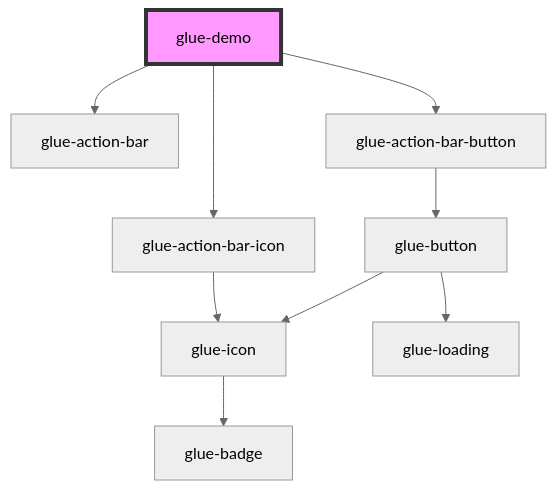
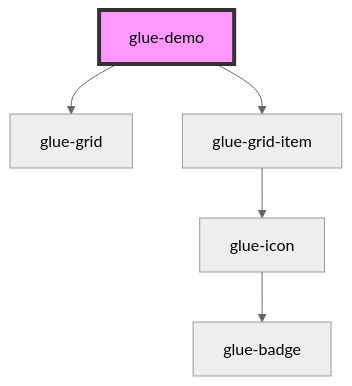
Before and after one commit to grasilife/glue: the diagram in packages/glue-components/src/components/glue-demo/readme.md, drawn with Mermaid (neutral theme). The commit also changed other lines of this file and 15 other files, not shown here.

````diff
--- a/packages/glue-components/src/components/glue-demo/readme.md
+++ b/packages/glue-components/src/components/glue-demo/readme.md
@@ -17,12 +16,8 @@
 ```mermaid
 graph TD;
-  glue-demo --> glue-action-bar
-  glue-demo --> glue-action-bar-icon
-  glue-demo --> glue-action-bar-button
-  glue-action-bar-icon --> glue-icon
+  glue-demo --> glue-grid
+  glue-demo --> glue-grid-item
+  glue-grid-item --> glue-icon
   glue-icon --> glue-badge
-  glue-action-bar-button --> glue-button
-  glue-button --> glue-loading
-  glue-button --> glue-icon
   style glue-demo fill:#f9f,stroke:#333,stroke-width:4px
 ```
````
